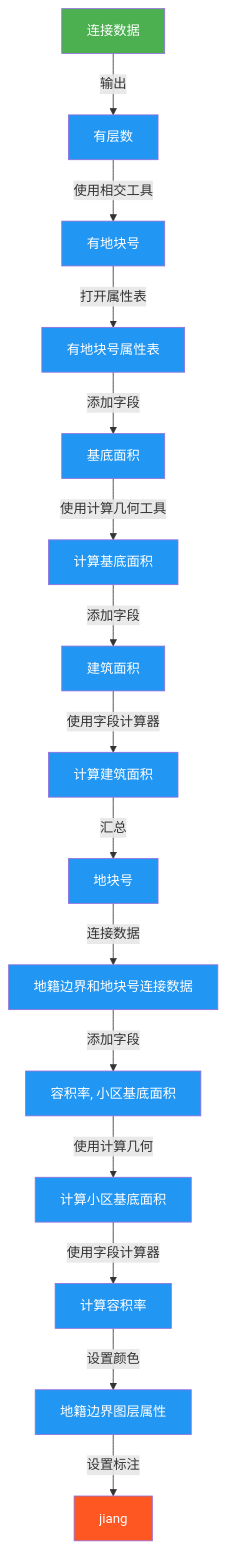
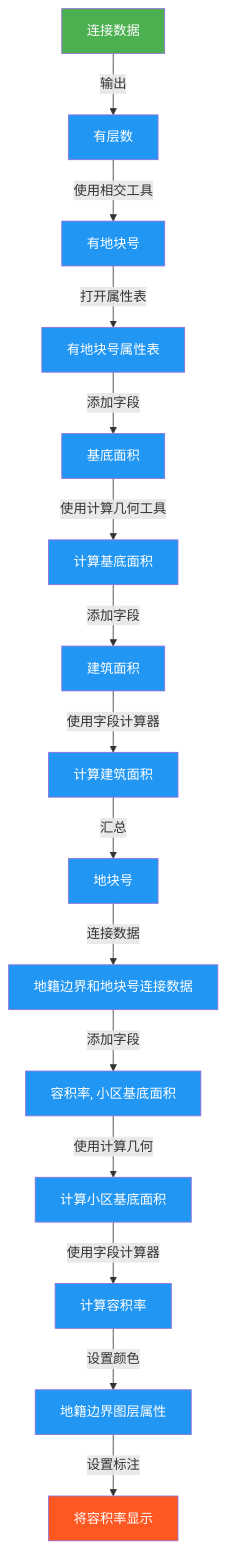
One commit to newguser/iodraw-files changed the diagram in all/未命名.md. Above: the diagram before and after it, drawn with Mermaid.

Commit message:
2025-02-27 11:33:36 update

````diff
--- a/all/未命名.md
+++ b/all/未命名.md
@@ -1,22 +1,22 @@
 ```mermaid
 graph TD
     A[连接数据] -->|输出| B[有层数]
     B -->|使用相交工具| C[有地块号]
     C -->|打开属性表| D[有地块号属性表]
     D -->|添加字段| E[基底面积]
     E -->|使用计算几何工具| F[计算基底面积]
     F -->|添加字段| G[建筑面积]
     G -->|使用字段计算器| H[计算建筑面积]
     H -->|汇总| I[地块号]
     I -->|连接数据| J[地籍边界和地块号连接数据]
     J -->|添加字段| K[容积率, 小区基底面积]
     K -->|使用计算几何| L[计算小区基底面积]
     L -->|使用字段计算器| M[计算容积率]
     M -->|设置颜色| N[地籍边界图层属性]
-    N -->|设置标注| O[jiang]
+    N -->|设置标注| O[将容积率显示]
 
     style A fill:#4CAF50,color:white
     style O fill:#FF5722,color:white
     classDef process fill:#2196F3,color:white;
     class B,C,D,E,F,G,H,I,J,K,L,M,N process
 ```
````
